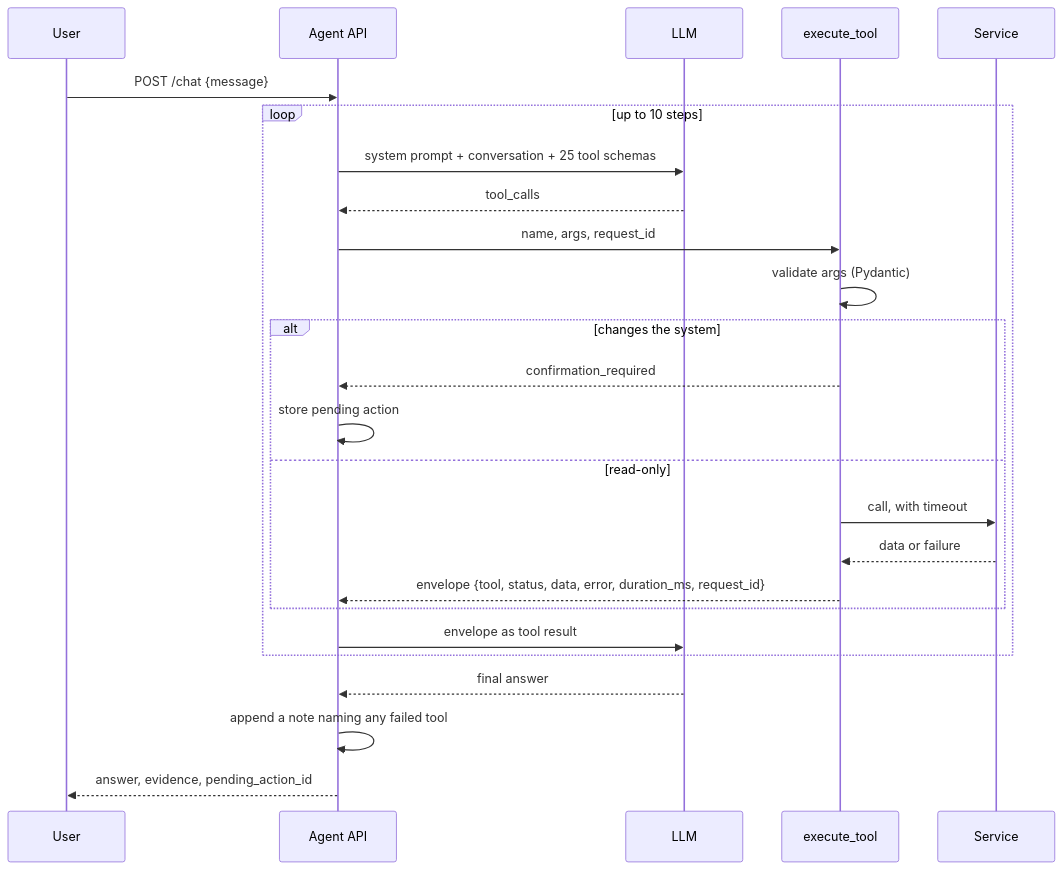
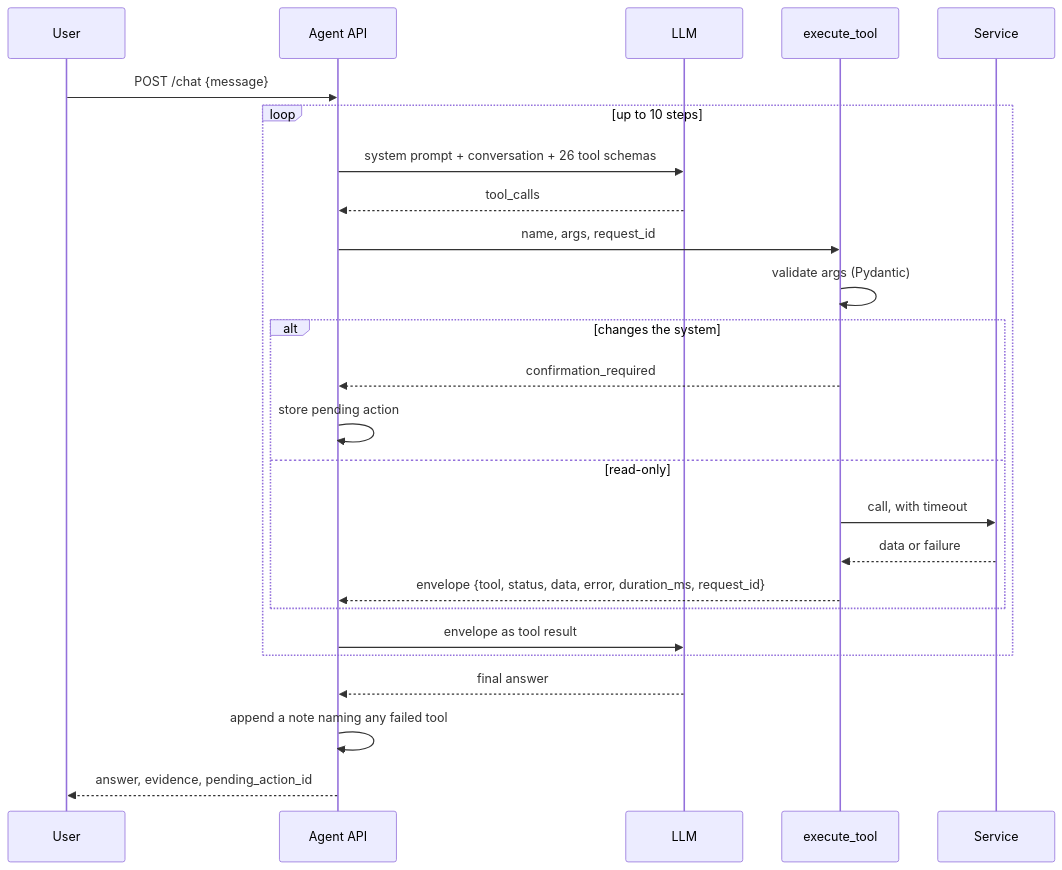
Before and after one commit to lioncovehx/grounded-mlops-agent: the third of 6 diagrams in architecture.md, drawn with Mermaid. The commit also changed other lines of this file and 10 other files, not shown here.

````diff
--- a/architecture.md
+++ b/architecture.md
@@ -66,28 +66,28 @@
 ```mermaid
 sequenceDiagram
     participant U as User
     participant A as Agent API
     participant L as LLM
     participant X as execute_tool
     participant S as Service
 
     U->>A: POST /chat {message}
     loop up to 10 steps
-        A->>L: system prompt + conversation + 25 tool schemas
+        A->>L: system prompt + conversation + 26 tool schemas
         L-->>A: tool_calls
         A->>X: name, args, request_id
         X->>X: validate args (Pydantic)
         alt changes the system
             X-->>A: confirmation_required
             A->>A: store pending action
         else read-only
             X->>S: call, with timeout
             S-->>X: data or failure
             X-->>A: envelope {tool, status, data, error, duration_ms, request_id}
         end
         A->>L: envelope as tool result
     end
     L-->>A: final answer
     A->>A: append a note naming any failed tool
     A-->>U: answer, evidence, pending_action_id
 ```
````
